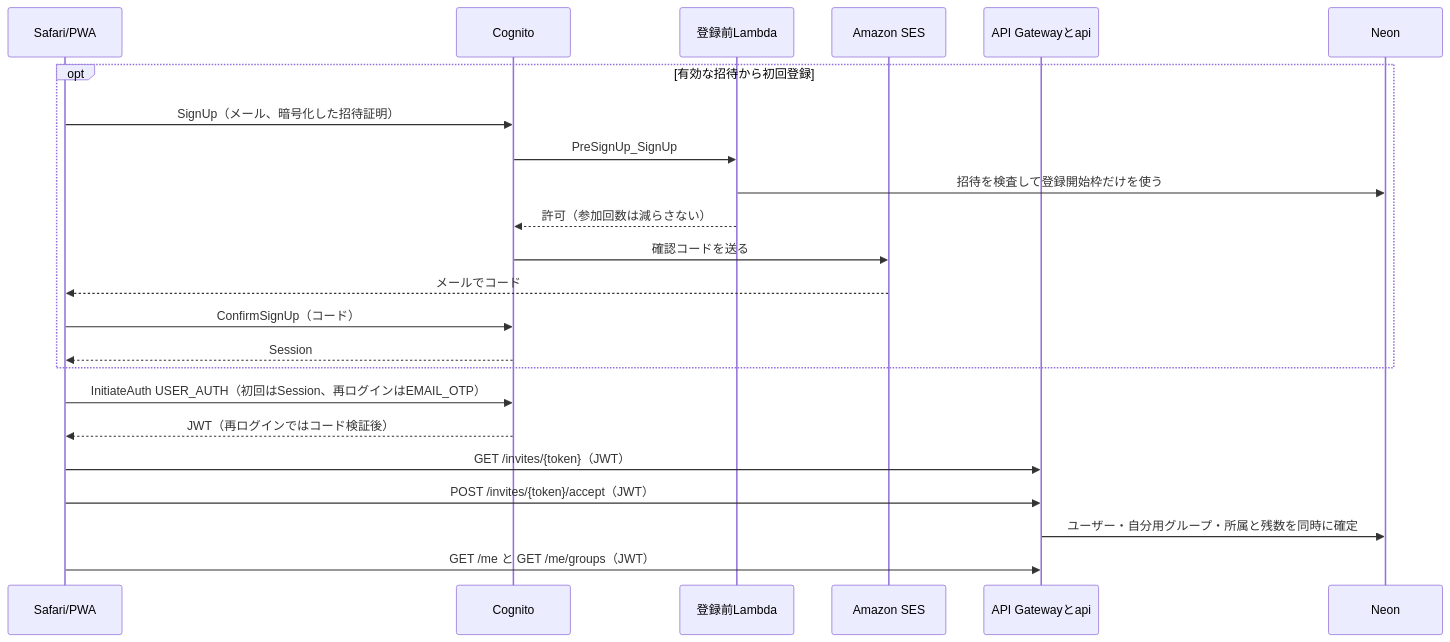
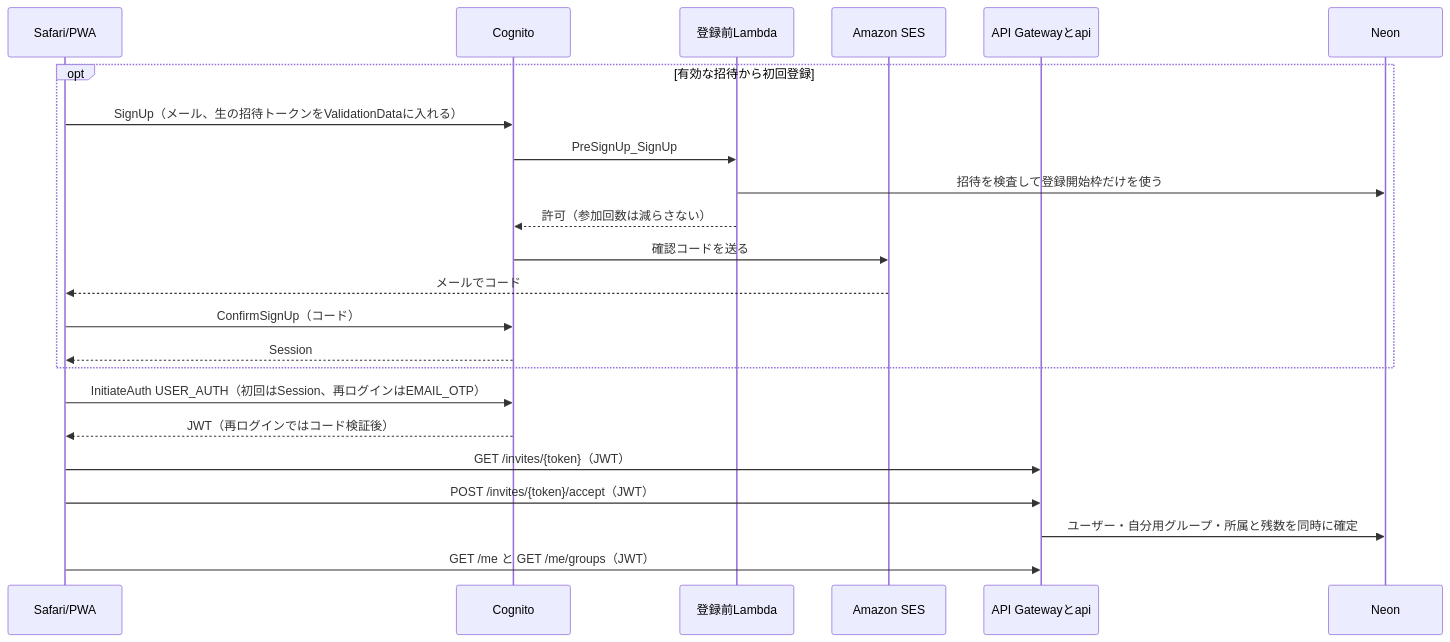
The third of 6 diagrams in docs/designs/first-slice.md (oze-xxbumpxx/yoin), drawn with Mermaid before and after one commit. The commit also changed other lines of this file and 2 other files, not shown here.

````diff
--- a/docs/designs/first-slice.md
+++ b/docs/designs/first-slice.md
@@ -73,25 +73,25 @@
 ```mermaid
 sequenceDiagram
     participant P as Safari/PWA
     participant C as Cognito
     participant L as 登録前Lambda
     participant M as Amazon SES
     participant A as API Gatewayとapi
     participant DB as Neon
     opt 有効な招待から初回登録
-        P->>C: SignUp（メール、暗号化した招待証明）
+        P->>C: SignUp（メール、生の招待トークンをValidationDataに入れる）
         C->>L: PreSignUp_SignUp
         L->>DB: 招待を検査して登録開始枠だけを使う
         L-->>C: 許可（参加回数は減らさない）
         C->>M: 確認コードを送る
         M-->>P: メールでコード
         P->>C: ConfirmSignUp（コード）
         C-->>P: Session
     end
     P->>C: InitiateAuth USER_AUTH（初回はSession、再ログインはEMAIL_OTP）
     C-->>P: JWT（再ログインではコード検証後）
     P->>A: GET /invites/{token}（JWT）
     P->>A: POST /invites/{token}/accept（JWT）
     A->>DB: ユーザー・自分用グループ・所属と残数を同時に確定
     P->>A: GET /me と GET /me/groups（JWT）
 ```
````
